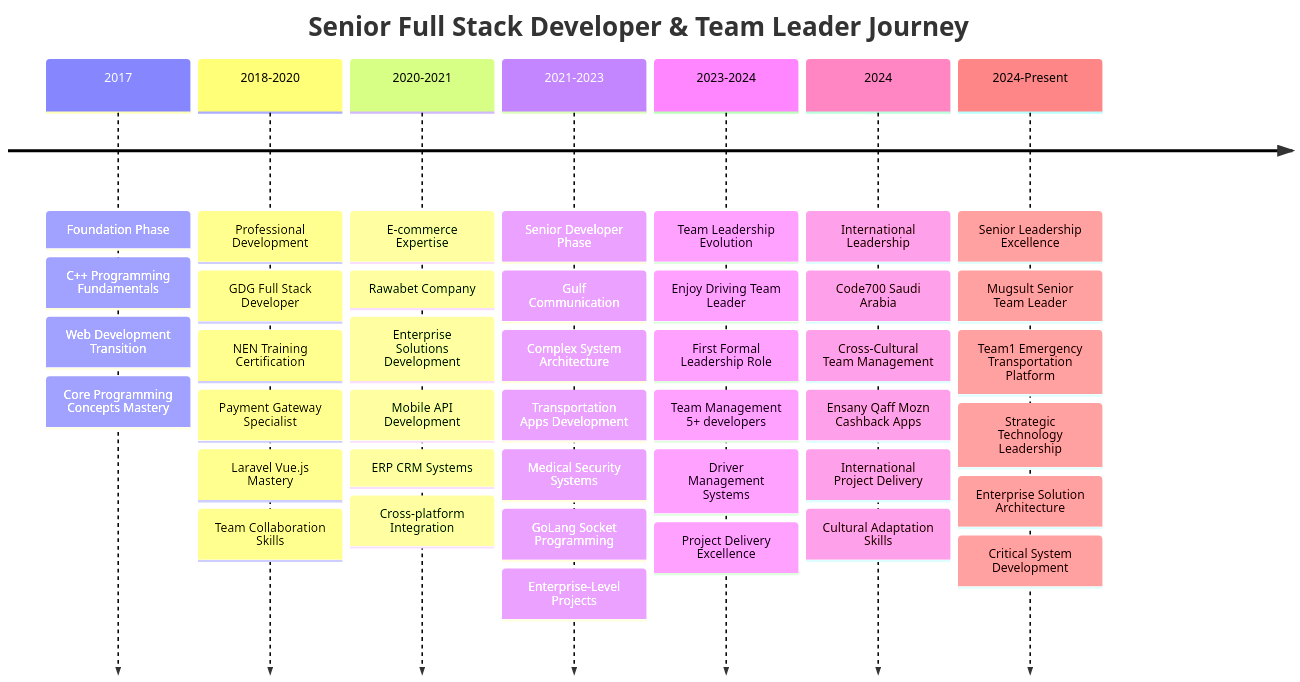
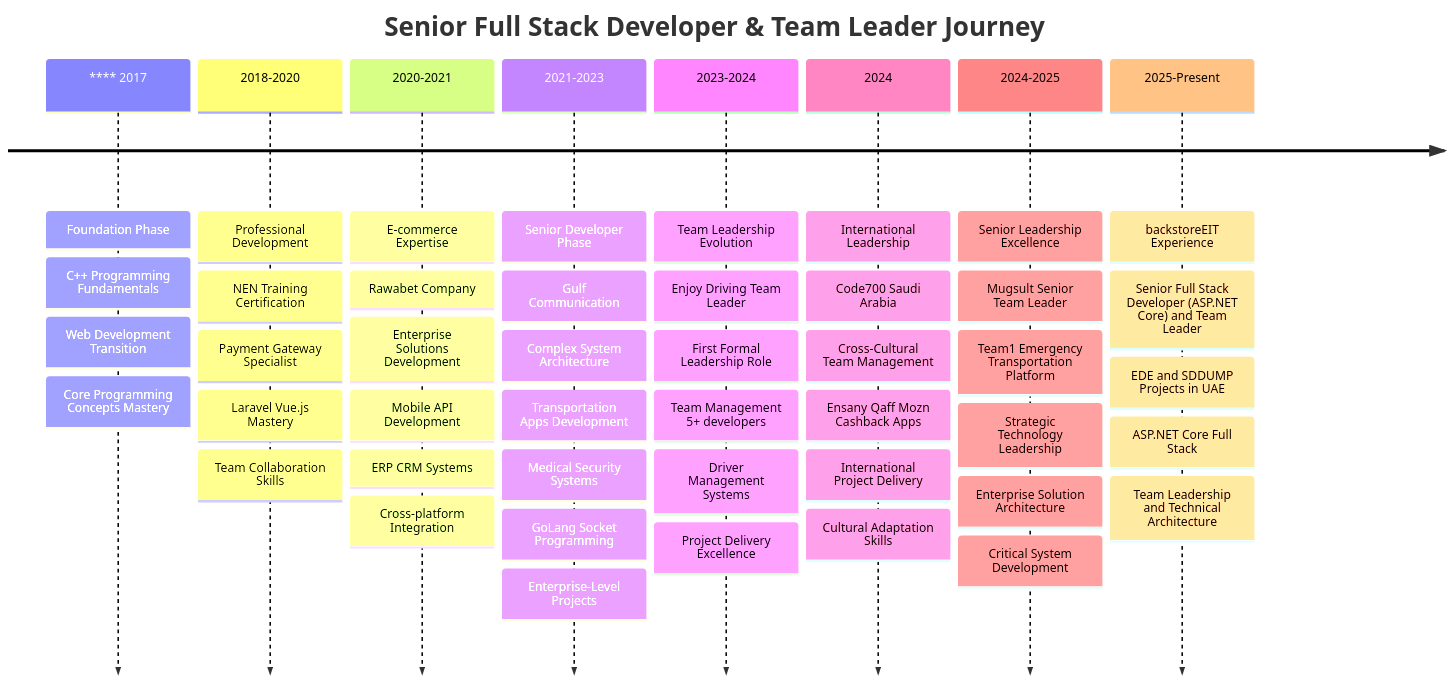
Before and after one commit to mohamedhabibwork/mohamedhabibwork: the second of 5 diagrams in README.md, drawn with Mermaid. The commit also changed other lines of this file and 4 other files, not shown here.

Commit message:
Update index.html, README.md, and resume files; enhance PDF resume with new content, add print styles to pdf.html, and improve international experience descriptions across documents.

````diff
--- a/README.md
+++ b/README.md
@@ -592,52 +582,20 @@
 ```mermaid
 timeline
     title Senior Full Stack Developer & Team Leader Journey
     
-    2017 : Foundation Phase
-         : C++ Programming Fundamentals
-         : Web Development Transition
-         : Core Programming Concepts Mastery
+****    2017 : Foundation Phase : C++ Programming Fundamentals : Web Development Transition : Core Programming Concepts Mastery
     
-    2018-2020 : Professional Development
-              : GDG Full Stack Developer
-              : NEN Training Certification
-              : Payment Gateway Specialist
-              : Laravel Vue.js Mastery
-              : Team Collaboration Skills
+    2018-2020 : Professional Development : NEN Training Certification : Payment Gateway Specialist : Laravel Vue.js Mastery : Team Collaboration Skills
     
-    2020-2021 : E-commerce Expertise
-              : Rawabet Company
-              : Enterprise Solutions Development
-              : Mobile API Development
-              : ERP CRM Systems
-              : Cross-platform Integration
+    2020-2021 : E-commerce Expertise : Rawabet Company : Enterprise Solutions Development : Mobile API Development : ERP CRM Systems : Cross-platform Integration
     
-    2021-2023 : Senior Developer Phase
-              : Gulf Communication
-              : Complex System Architecture
-              : Transportation Apps Development
-              : Medical Security Systems
-              : GoLang Socket Programming
-              : Enterprise-Level Projects
+    2021-2023 : Senior Developer Phase : Gulf Communication : Complex System Architecture : Transportation Apps Development : Medical Security Systems : GoLang Socket Programming : Enterprise-Level Projects
     
-    2023-2024 : Team Leadership Evolution
-              : Enjoy Driving Team Leader
-              : First Formal Leadership Role
-              : Team Management 5+ developers
-              : Driver Management Systems
-              : Project Delivery Excellence
+    2023-2024 : Team Leadership Evolution : Enjoy Driving Team Leader : First Formal Leadership Role : Team Management 5+ developers : Driver Management Systems : Project Delivery Excellence
     
-    2024 : International Leadership
-         : Code700 Saudi Arabia
-         : Cross-Cultural Team Management
-         : Ensany Qaff Mozn Cashback Apps
-         : International Project Delivery
-         : Cultural Adaptation Skills
+    2024 : International Leadership : Code700 Saudi Arabia : Cross-Cultural Team Management : Ensany Qaff Mozn Cashback Apps : International Project Delivery : Cultural Adaptation Skills
     
-    2024-Present : Senior Leadership Excellence
-                 : Mugsult Senior Team Leader
-                 : Team1 Emergency Transportation Platform
-                 : Strategic Technology Leadership
-                 : Enterprise Solution Architecture
-                 : Critical System Development
+    2024-2025 : Senior Leadership Excellence : Mugsult Senior Team Leader : Team1 Emergency Transportation Platform : Strategic Technology Leadership : Enterprise Solution Architecture : Critical System Development
+    
+    2025-Present : backstoreEIT Experience : Senior Full Stack Developer (ASP.NET Core) and Team Leader : EDE and SDDUMP Projects in UAE : ASP.NET Core Full Stack : Team Leadership and Technical Architecture
 ```
````
